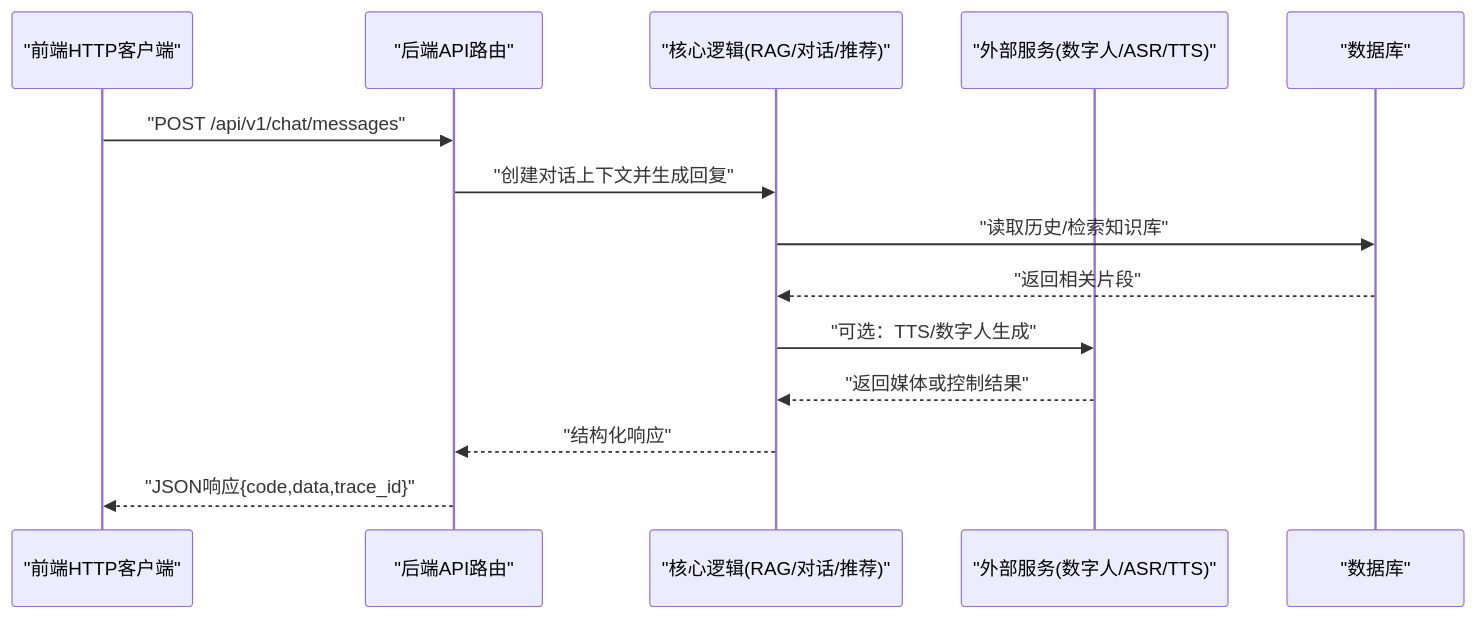
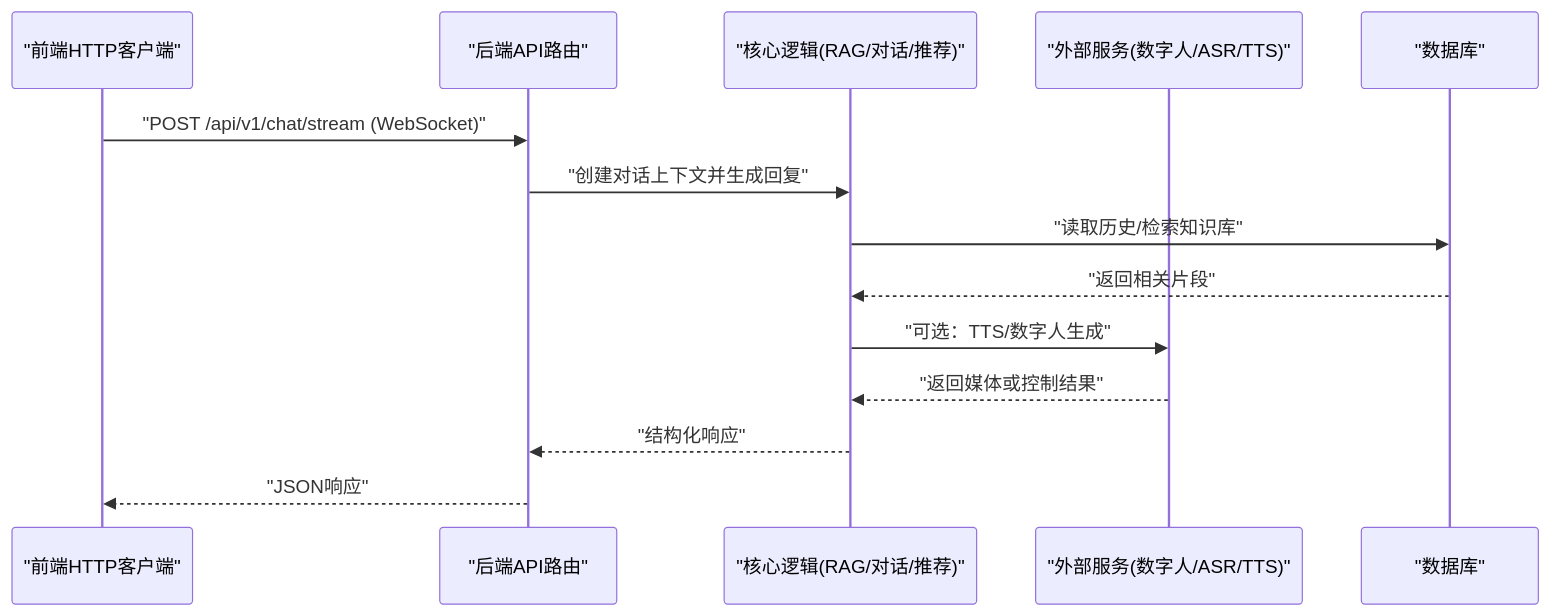
Before and after one commit to vstralcn/AI-SmartTour: the second of 5 diagrams in .qoder/repowiki/zh/content/前端应用架构/游客端应用 (Tourist App)/前后端API集成.md, drawn with Mermaid. The commit also changed other lines of this file and 11 other files, not shown here.

````diff
--- a/.qoder/repowiki/zh/content/前端应用架构/游客端应用 (Tourist App)/前后端API集成.md
+++ b/.qoder/repowiki/zh/content/前端应用架构/游客端应用 (Tourist App)/前后端API集成.md
@@ -98,16 +96,16 @@
 ```mermaid
 sequenceDiagram
 participant FE as "前端HTTP客户端"
 participant API as "后端API路由"
 participant CORE as "核心逻辑(RAG/对话/推荐)"
 participant SVC as "外部服务(数字人/ASR/TTS)"
 participant DB as "数据库"
-FE->>API : "POST /api/v1/chat/messages"
+FE->>API : "POST /api/v1/chat/stream (WebSocket)"
 API->>CORE : "创建对话上下文并生成回复"
 CORE->>DB : "读取历史/检索知识库"
 DB-->>CORE : "返回相关片段"
 CORE->>SVC : "可选：TTS/数字人生成"
 SVC-->>CORE : "返回媒体或控制结果"
 CORE-->>API : "结构化响应"
-API-->>FE : "JSON响应{code,data,trace_id}"
+API-->>FE : "JSON响应"
 ```
````
